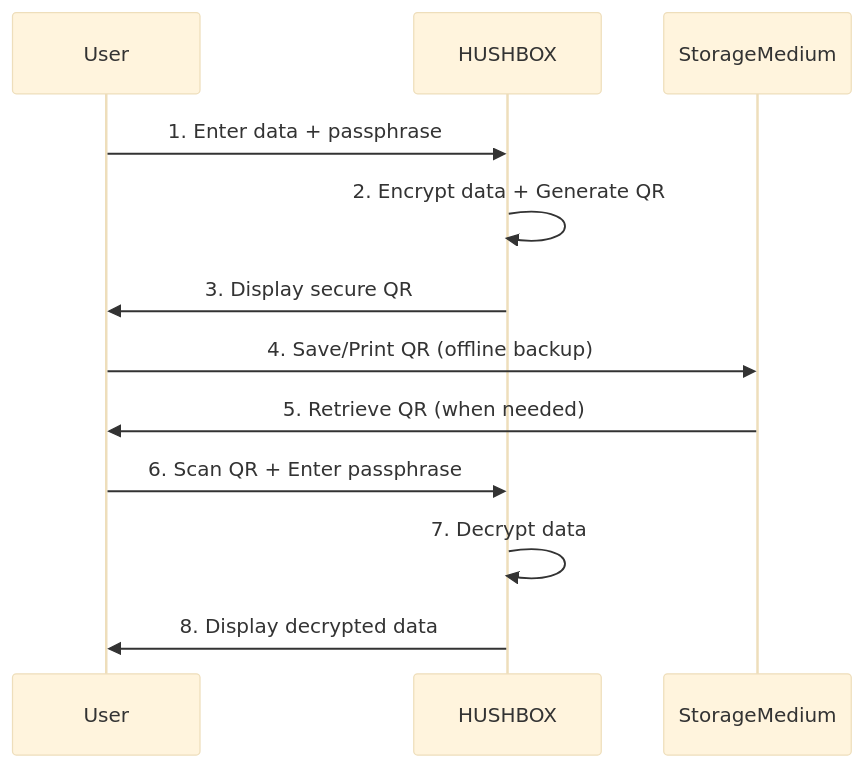
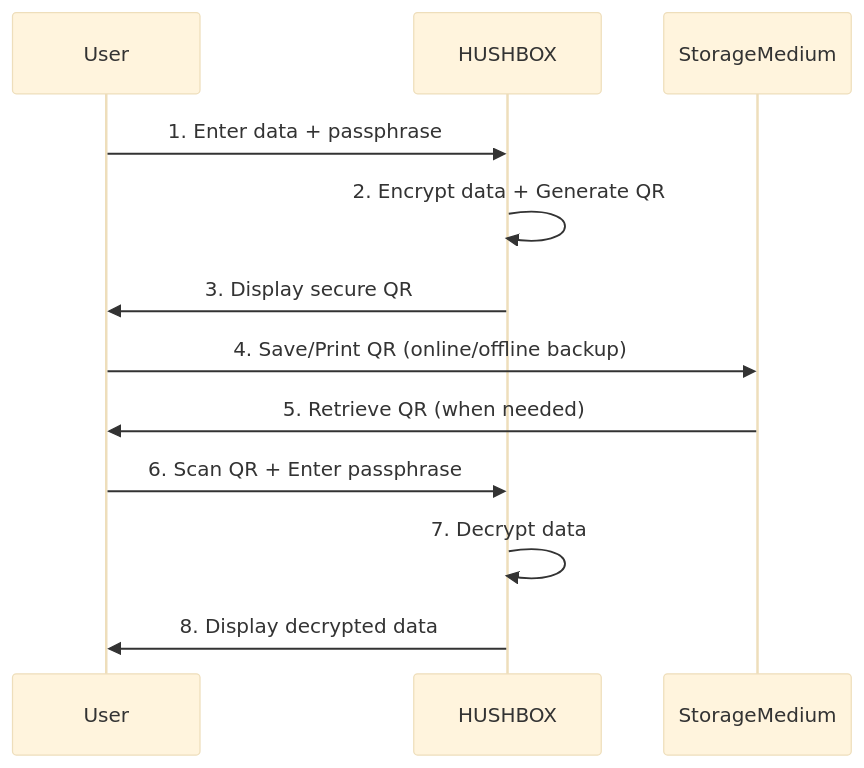
The first of 3 diagrams in README.md (MPetovick/HUSHBOX), drawn with Mermaid (base theme) before and after one commit.

````diff
--- a/README.md
+++ b/README.md
@@ -67,15 +67,15 @@
 ```mermaid
 sequenceDiagram
     participant User
     participant HUSHBOX
     participant StorageMedium
 
     User->>HUSHBOX: 1. Enter data + passphrase
     HUSHBOX->>HUSHBOX: 2. Encrypt data + Generate QR
     HUSHBOX->>User: 3. Display secure QR
-    User->>StorageMedium: 4. Save/Print QR (offline backup)
+    User->>StorageMedium: 4. Save/Print QR (online/offline backup)
     StorageMedium->>User: 5. Retrieve QR (when needed)
     User->>HUSHBOX: 6. Scan QR + Enter passphrase
     HUSHBOX->>HUSHBOX: 7. Decrypt data
     HUSHBOX->>User: 8. Display decrypted data
 ```
````
